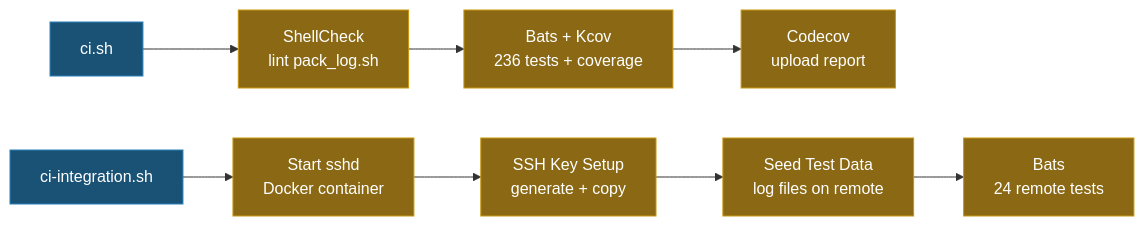
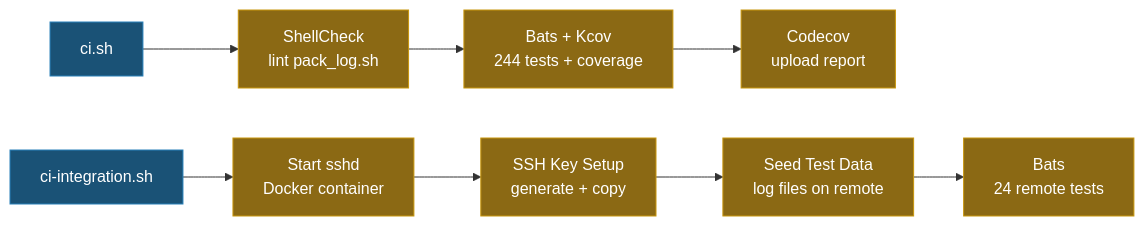
The second of 2 diagrams in README.md (ycpss91255/pack_log), drawn with Mermaid before and after one commit. The commit also changed other lines of this file and 4 other files, not shown here.

````diff
--- a/README.md
+++ b/README.md
@@ -200,14 +213,14 @@
 ```mermaid
 graph LR
     S["ci.sh"]:::entry --> SC["ShellCheck\nlint pack_log.sh"]:::step
-    SC --> BT["Bats + Kcov\n236 tests + coverage"]:::step
+    SC --> BT["Bats + Kcov\n244 tests + coverage"]:::step
     BT --> CC["Codecov\nupload report"]:::step
 
     S2["ci-integration.sh"]:::entry --> SSHD["Start sshd\nDocker container"]:::step
     SSHD --> KEY["SSH Key Setup\ngenerate + copy"]:::step
     KEY --> DATA["Seed Test Data\nlog files on remote"]:::step
     DATA --> IT["Bats\n24 remote tests"]:::step
 
     classDef entry fill:#1a5276,color:#fff,stroke:#2980b9
     classDef step fill:#8B6914,color:#fff,stroke:#c8960c
 ```
````
